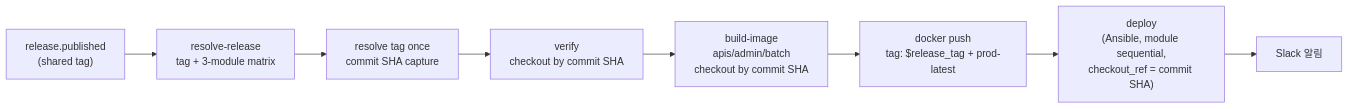
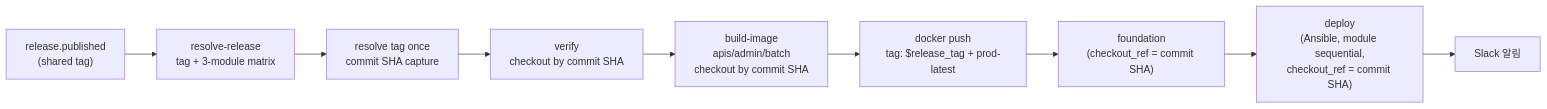
One commit to TEAM-BEAT/BEAT-SERVER changed the third of 10 diagrams in infra/README.md. Above: the diagram before and after it, drawn with Mermaid. The commit also changed other lines of this file and 7 other files, not shown here.

````diff
--- a/infra/README.md
+++ b/infra/README.md
@@ -210,10 +212,11 @@
 ```mermaid
 flowchart LR
     A["release.published<br/>(shared tag)"] --> B["resolve-release<br/>tag + 3-module matrix"]
     B --> C["resolve tag once<br/>commit SHA capture"]
     C --> D["verify<br/>checkout by commit SHA"]
     D --> E["build-image<br/>apis/admin/batch<br/>checkout by commit SHA"]
     E --> F["docker push<br/>tag: $release_tag + prod-latest"]
-    F --> G["deploy<br/>(Ansible, module sequential,<br/>checkout_ref = commit SHA)"]
-    G --> H["Slack 알림"]
+    F --> G["foundation<br/>(checkout_ref = commit SHA)"]
+    G --> H["deploy<br/>(Ansible, module sequential,<br/>checkout_ref = commit SHA)"]
+    H --> I["Slack 알림"]
 ```
````
